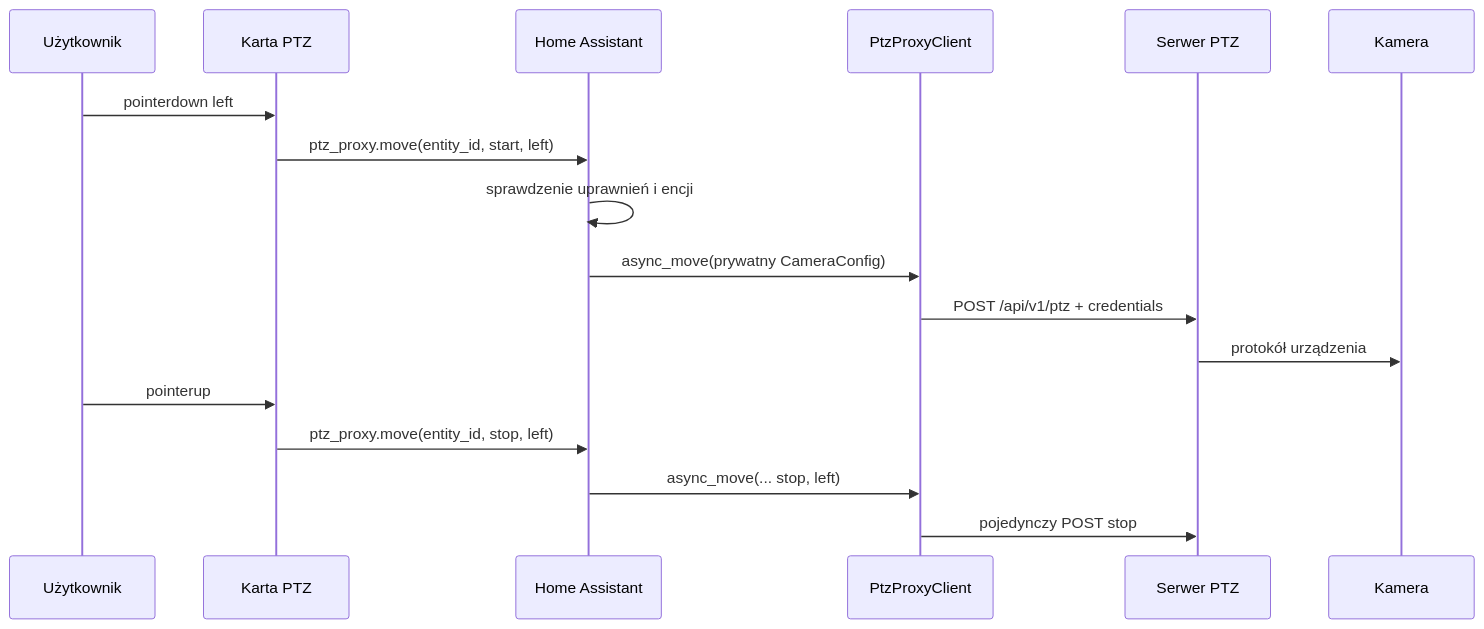
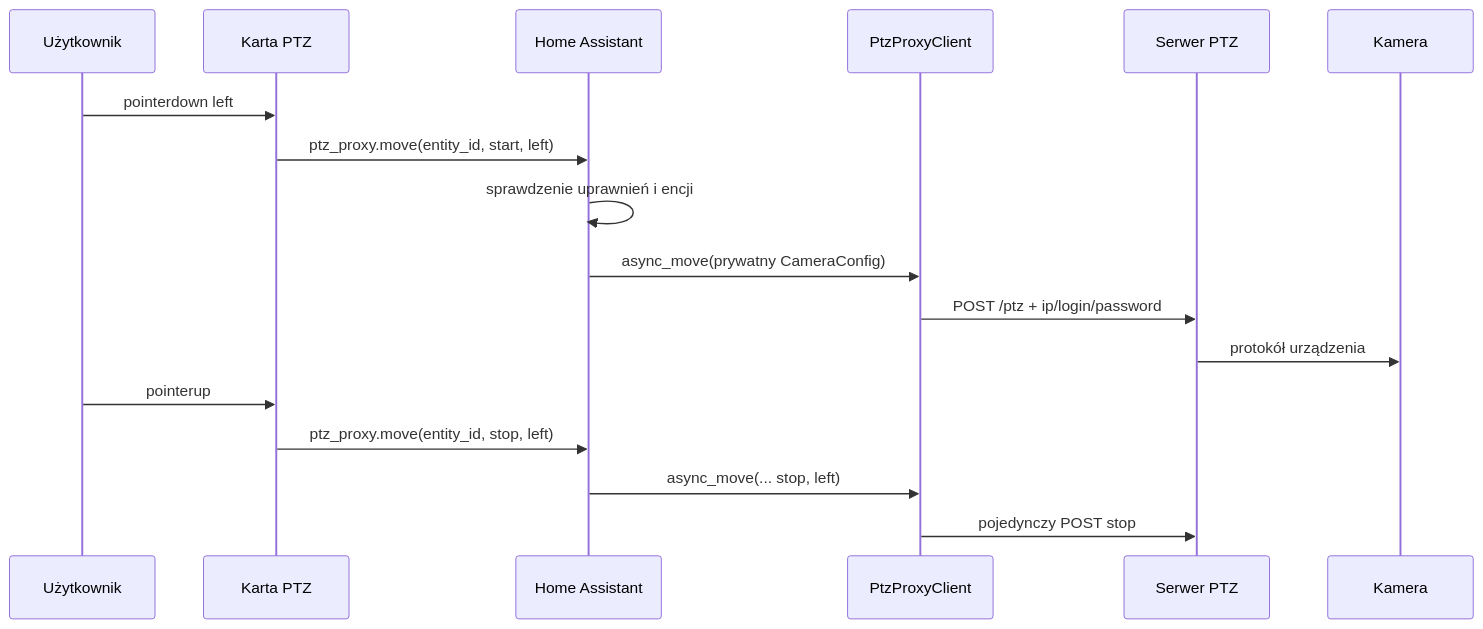
The first of 2 diagrams in RAPORT_IMPLEMENTACJI.md (NintyS/LocalEZVIZ), drawn with Mermaid before and after one commit. The commit also changed other lines of this file and 7 other files, not shown here.

Commit message:
Adapt PTZ requests to HCNet server contract

````diff
--- a/RAPORT_IMPLEMENTACJI.md
+++ b/RAPORT_IMPLEMENTACJI.md
@@ -20,20 +20,20 @@
 ```mermaid
 sequenceDiagram
     participant User as Użytkownik
     participant Card as Karta PTZ
     participant HA as Home Assistant
     participant Client as PtzProxyClient
     participant Server as Serwer PTZ
     participant Camera as Kamera
 
     User->>Card: pointerdown left
     Card->>HA: ptz_proxy.move(entity_id, start, left)
     HA->>HA: sprawdzenie uprawnień i encji
     HA->>Client: async_move(prywatny CameraConfig)
-    Client->>Server: POST /api/v1/ptz + credentials
+    Client->>Server: POST /ptz + ip/login/password
     Server->>Camera: protokół urządzenia
     User->>Card: pointerup
     Card->>HA: ptz_proxy.move(entity_id, stop, left)
     HA->>Client: async_move(... stop, left)
     Client->>Server: pojedynczy POST stop
 ```
````
